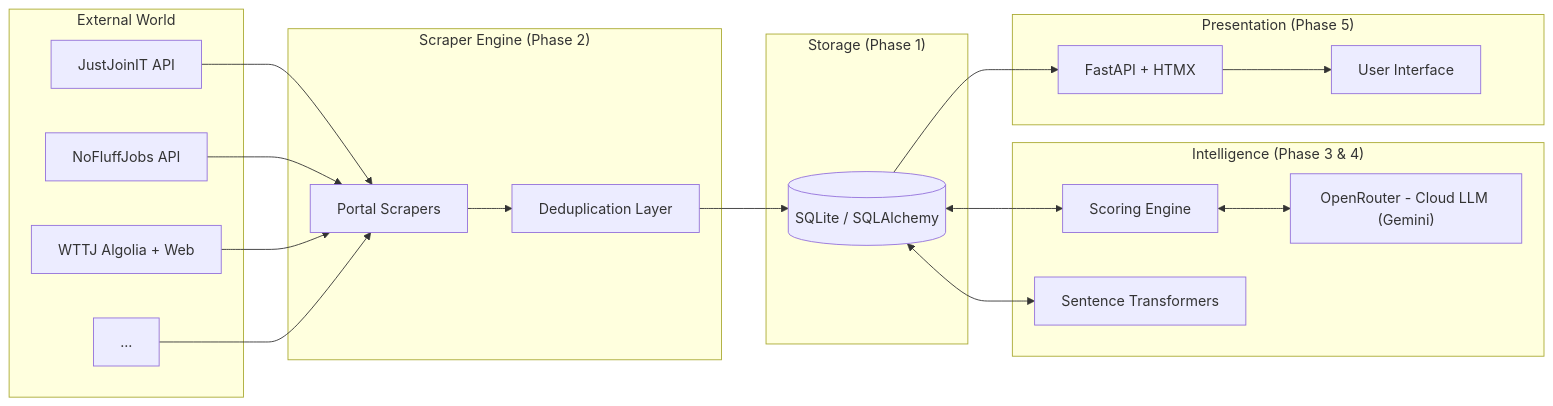
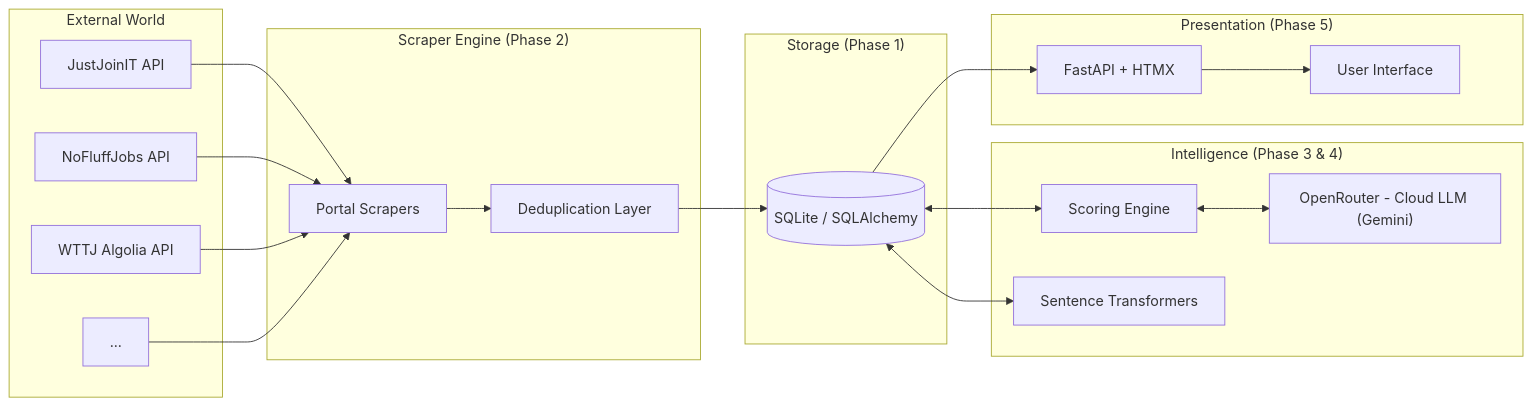
One commit to Havac25/career-scout-ai changed the first of 5 diagrams in docs/architecture.md. Above: the diagram before and after it, drawn with Mermaid. The commit also changed other lines of this file and 2 other files, not shown here.

Commit message:
feat: simplifying WTTJ scraper (offer descriptions from Algolia API

````diff
--- a/docs/architecture.md
+++ b/docs/architecture.md
@@ -91,38 +91,38 @@
 ```mermaid
 graph LR
     subgraph "External World"
         P1[JustJoinIT API]
         P2[NoFluffJobs API]
-        P3[WTTJ Algolia + Web]
+        P3[WTTJ Algolia API]
         P4[...]
     end
 
     subgraph "Scraper Engine (Phase 2)"
         SC[Portal Scrapers]
         DD[Deduplication Layer]
     end
 
     subgraph "Storage (Phase 1)"
         DB[(SQLite / SQLAlchemy)]
     end
 
     subgraph "Intelligence (Phase 3 & 4)"
         SE[Scoring Engine]
         OR["OpenRouter - Cloud LLM (Gemini)"]
         EM[Sentence Transformers]
     end
 
     subgraph "Presentation (Phase 5)"
         WEB[FastAPI + HTMX]
         UI[User Interface]
     end
 
     P1 & P2 & P3 & P4 --> SC
     SC --> DD
     DD --> DB
     DB <--> SE
     SE <--> OR
     DB <--> EM
     DB --> WEB
     WEB --> UI
 ```
````
